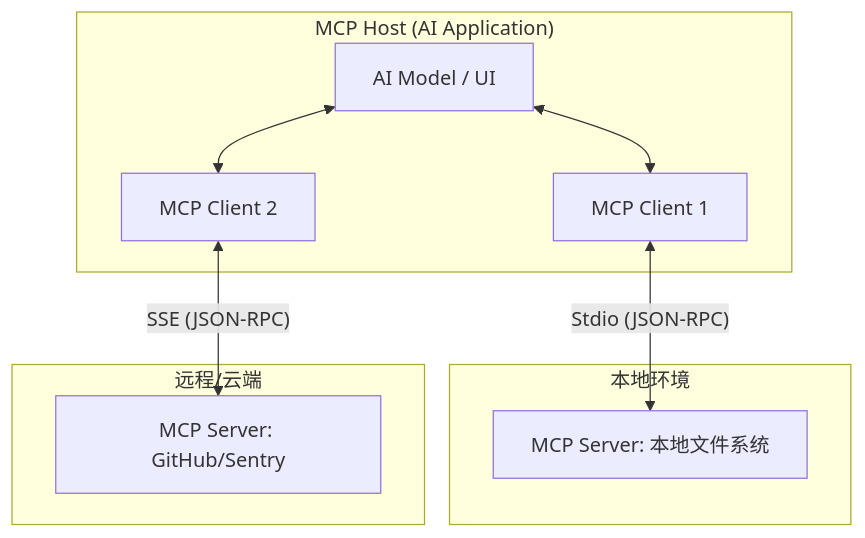
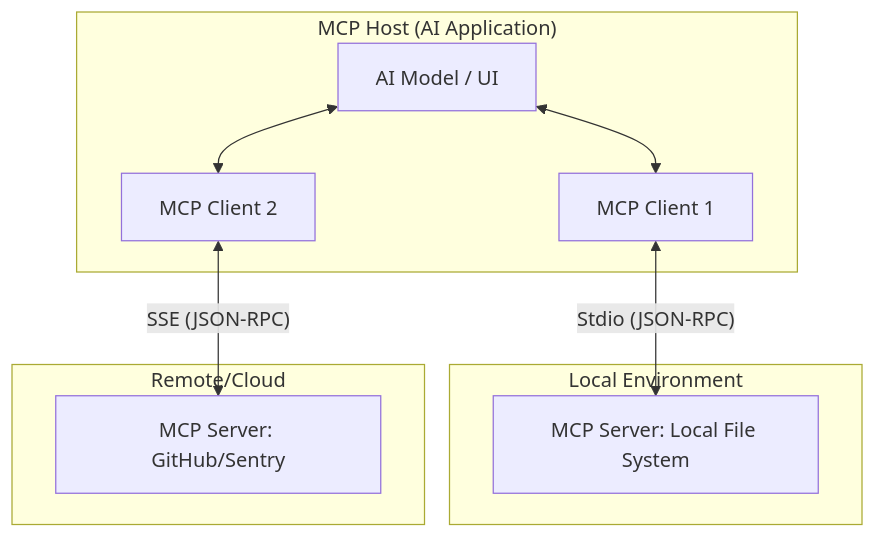
Before and after one commit to zenHeart/learn-ai: the first of 3 diagrams in examples/mcp-lab/README.md, drawn with Mermaid. The commit also changed other lines of this file and 7 other files, not shown here.

````diff
--- a/examples/mcp-lab/README.md
+++ b/examples/mcp-lab/README.md
@@ -27,20 +27,20 @@
 ```mermaid
 graph TD
     subgraph "MCP Host (AI Application)"
         A[AI Model / UI]
         B1[MCP Client 1]
         B2[MCP Client 2]
         A <--> B1
         A <--> B2
     end
 
-    subgraph "本地环境"
-        C1[MCP Server: 本地文件系统]
+    subgraph "Local Environment"
+        C1[MCP Server: Local File System]
         B1 <-- "Stdio (JSON-RPC)" --> C1
     end
 
-    subgraph "远程/云端"
+    subgraph "Remote/Cloud"
         C2[MCP Server: GitHub/Sentry]
         B2 <-- "SSE (JSON-RPC)" --> C2
     end
 ```
````
